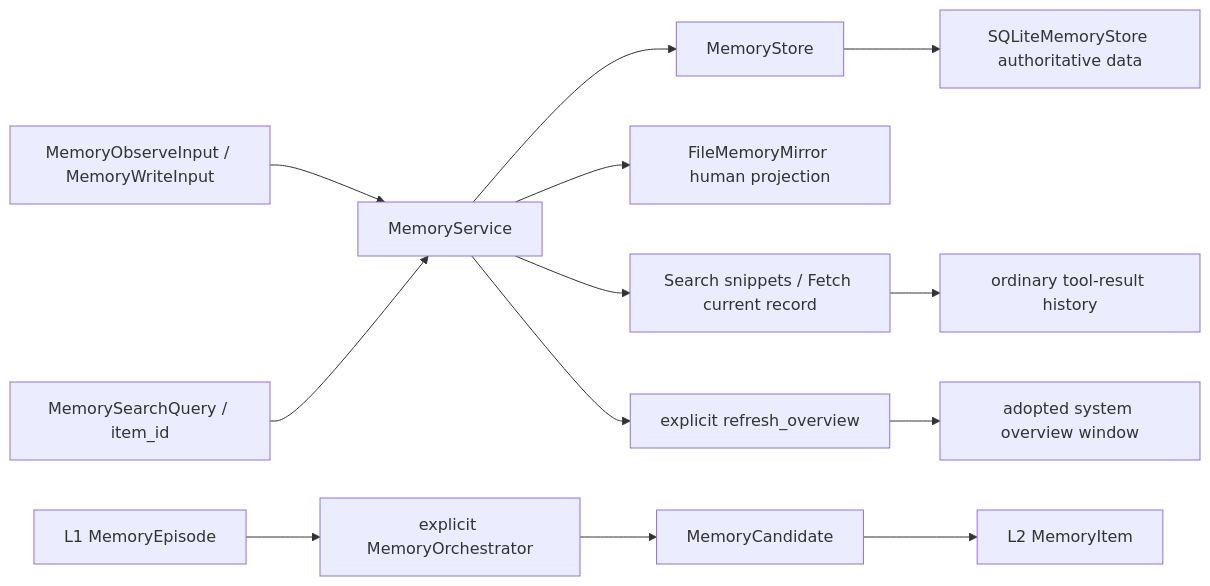
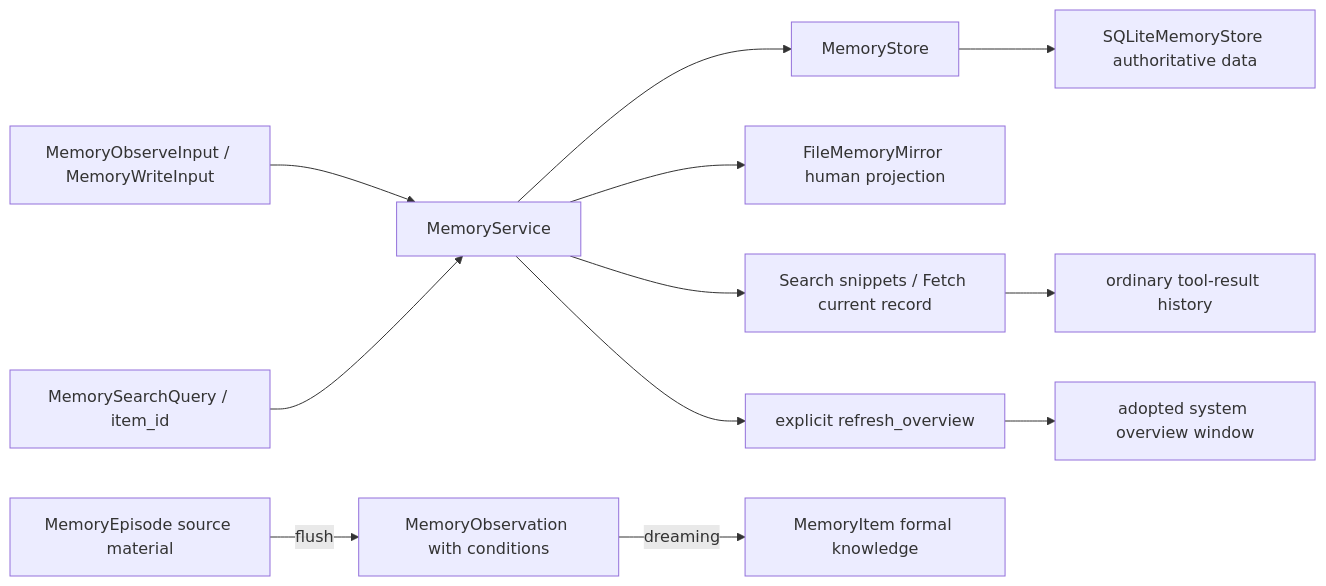
The diagram in src/iris/memory/README.en.md (Tsubaki-01/Iris), drawn with Mermaid before and after one commit. The commit also changed other lines of this file and 31 other files, not shown here.

````diff
--- a/src/iris/memory/README.en.md
+++ b/src/iris/memory/README.en.md
@@ -74,15 +74,14 @@
 ```mermaid
 flowchart LR
     Input["MemoryObserveInput / MemoryWriteInput"] --> Service["MemoryService"]
     Service --> Store["MemoryStore"]
     Store --> SQLite["SQLiteMemoryStore authoritative data"]
     Service --> Mirror["FileMemoryMirror human projection"]
-    Episode["L1 MemoryEpisode"] --> Orchestrator["explicit MemoryOrchestrator"]
-    Orchestrator --> Candidate["MemoryCandidate"]
-    Candidate --> Item["L2 MemoryItem"]
+    Episode["MemoryEpisode source material"] -->|flush| Observation["MemoryObservation with conditions"]
+    Observation -->|dreaming| Item["MemoryItem formal knowledge"]
     Query["MemorySearchQuery / item_id"] --> Service
     Service --> Result["Search snippets / Fetch current record"]
     Service --> Overview["explicit refresh_overview"]
     Overview --> Window["adopted system overview window"]
     Result --> History["ordinary tool-result history"]
 ```
````
